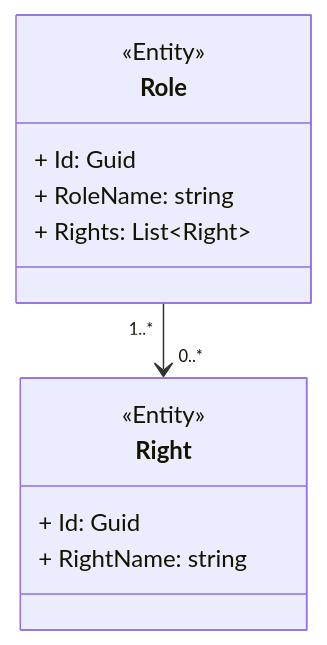
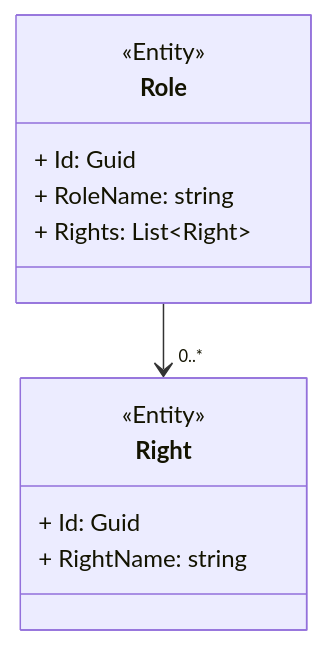
Before and after one commit to sdlfly2000/AuthenticationServer: the diagram in UML/Domain/Domain.Role.md, drawn with Mermaid. The commit also changed 8 other files, not shown here.

````diff
--- a/UML/Domain/Domain.Role.md
+++ b/UML/Domain/Domain.Role.md
@@ -3,24 +3,24 @@
 ```mermaid
 ---
 config:
     class:
         hideEmptyMembersBox: true
 ---
 
 classDiagram
     class Role {
         <<Entity>>
         + Id: Guid
         + RoleName: string
         + Rights: List~Right~
     }
 
     class Right {
         <<Entity>>
         + Id: Guid
         + RightName: string
     }
 
     %%{{Relationship}}%%
-    Role "1..*"--> "0..*" Right
+    Role --> "0..*" Right
 ```
````
